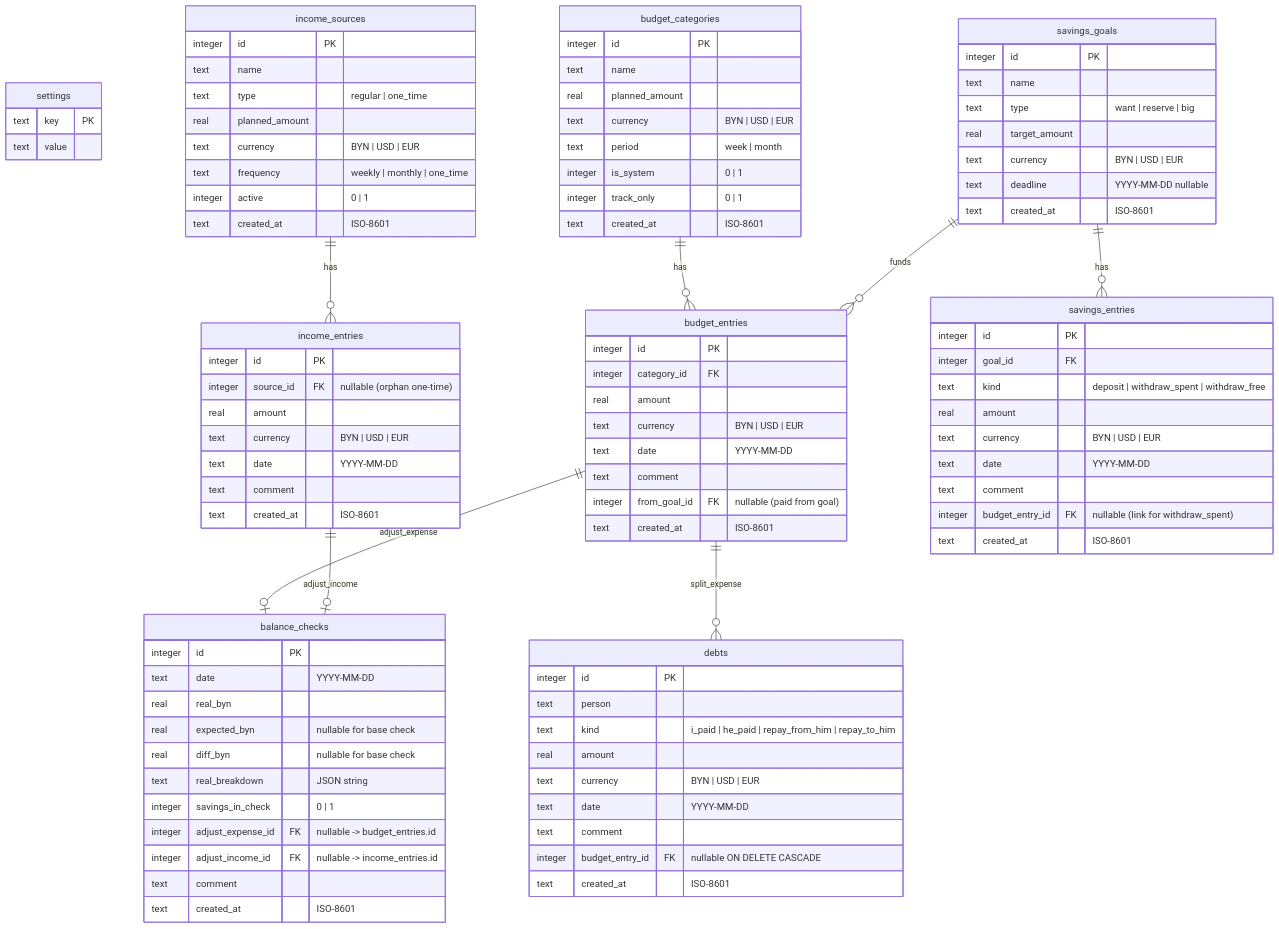
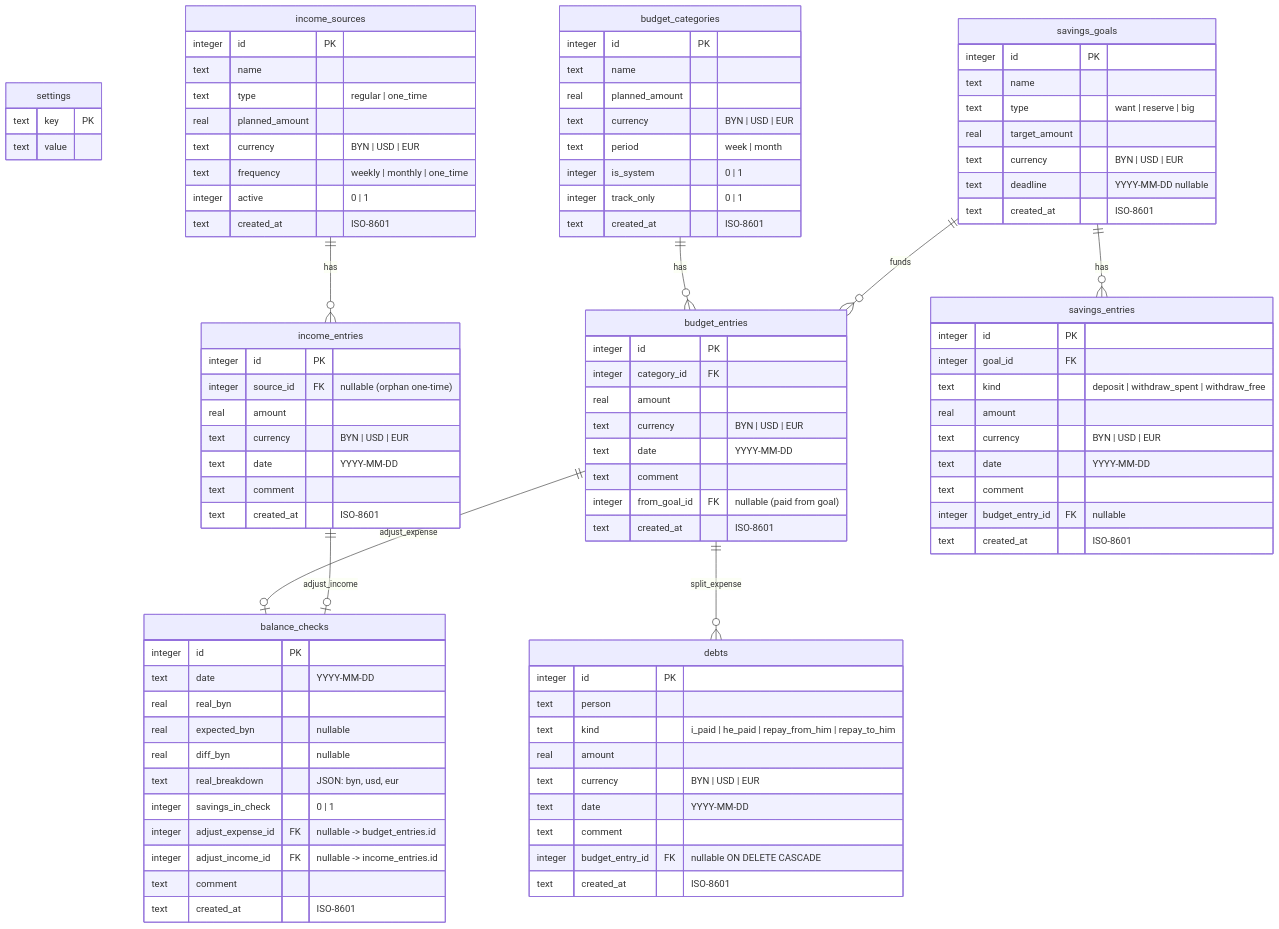
One commit to endarver-lgtm/finance changed the second of 2 diagrams in docs/SPECIFICATION.md. Above: the diagram before and after it, drawn with Mermaid. The commit also changed other lines of this file and 2 other files, not shown here.

```diff
--- a/docs/SPECIFICATION.md
+++ b/docs/SPECIFICATION.md
@@ -209,7 +264,7 @@
         text currency "BYN | USD | EUR"
         text date "YYYY-MM-DD"
         text comment
-        integer budget_entry_id FK "nullable (link for withdraw_spent)"
+        integer budget_entry_id FK "nullable"
         text created_at "ISO-8601"
     }
 
@@ -230,9 +285,9 @@
         integer id PK
         text date "YYYY-MM-DD"
         real real_byn
-        real expected_byn "nullable for base check"
-        real diff_byn "nullable for base check"
-        text real_breakdown "JSON string"
+        real expected_byn "nullable"
+        real diff_byn "nullable"
+        text real_breakdown "JSON: byn, usd, eur"
         integer savings_in_check "0 | 1"
         integer adjust_expense_id FK "nullable -> budget_entries.id"
         integer adjust_income_id FK "nullable -> income_entries.id"
```
